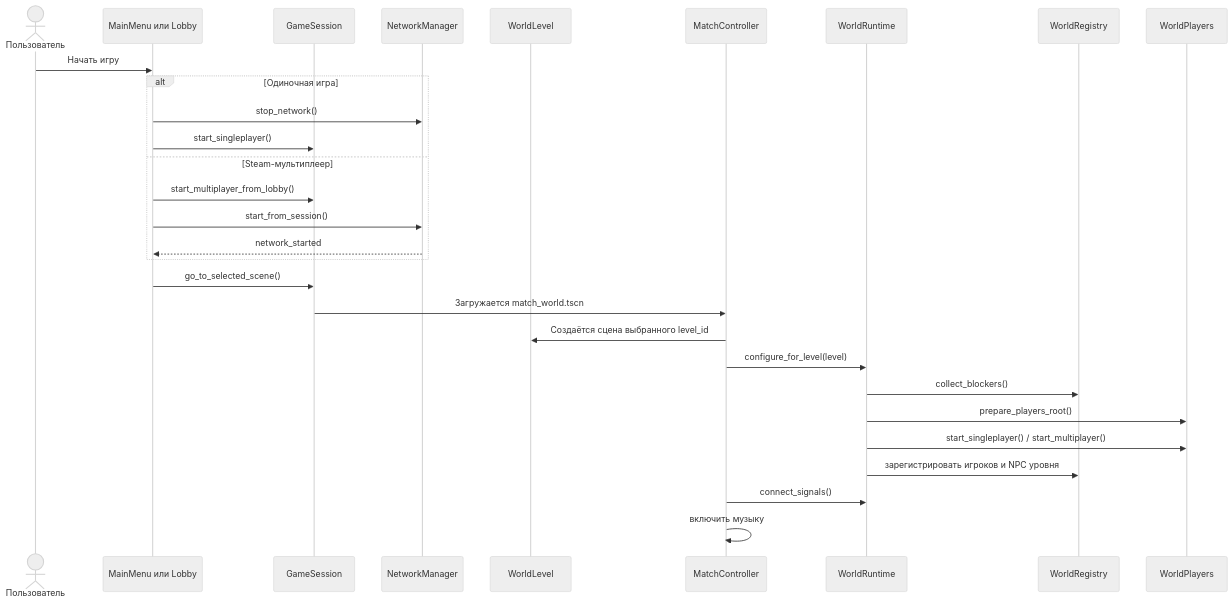
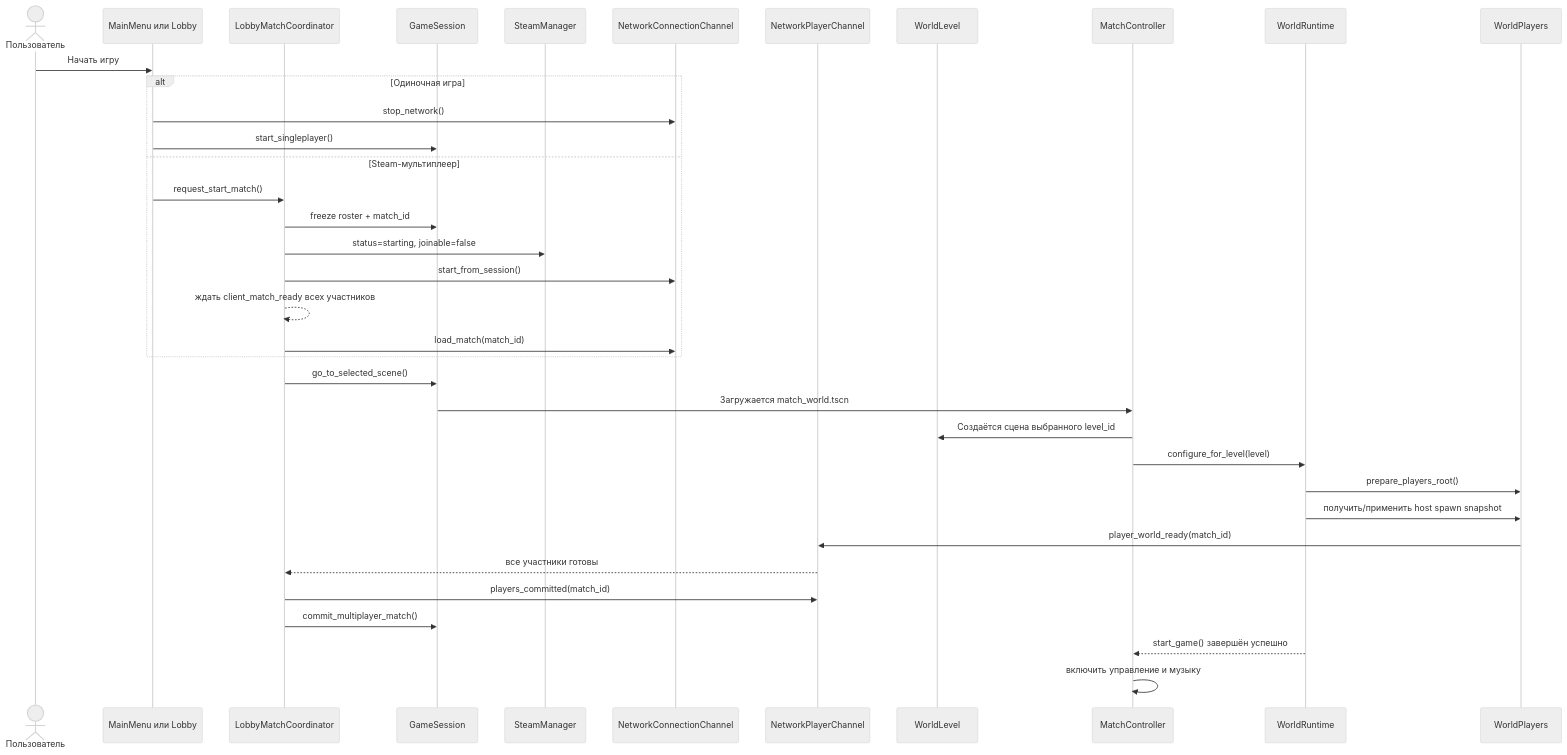
The second of 7 diagrams in PROJECT_GUIDE_RU.md (Evstratenko98/godot-dragonstride), drawn with Mermaid (neutral theme) before and after one commit. The commit also changed other lines of this file and 64 other files, not shown here.

````diff
--- a/PROJECT_GUIDE_RU.md
+++ b/PROJECT_GUIDE_RU.md
@@ -291,32 +304,39 @@
 ```mermaid
 sequenceDiagram
     actor User as Пользователь
     participant Menu as MainMenu или Lobby
+    participant Coordinator as LobbyMatchCoordinator
     participant Session as GameSession
-    participant Net as NetworkManager
+    participant Steam as SteamManager
+    participant Net as NetworkConnectionChannel
+    participant PlayerNet as NetworkPlayerChannel
     participant Level as WorldLevel
     participant Match as MatchController
     participant Runtime as WorldRuntime
-    participant Registry as WorldRegistry
     participant Players as WorldPlayers
 
     User->>Menu: Начать игру
     alt Одиночная игра
         Menu->>Net: stop_network()
         Menu->>Session: start_singleplayer()
     else Steam-мультиплеер
-        Menu->>Session: start_multiplayer_from_lobby()
-        Menu->>Net: start_from_session()
-        Net-->>Menu: network_started
+        Menu->>Coordinator: request_start_match()
+        Coordinator->>Session: freeze roster + match_id
+        Coordinator->>Steam: status=starting, joinable=false
+        Coordinator->>Net: start_from_session()
+        Coordinator-->>Coordinator: ждать client_match_ready всех участников
+        Coordinator->>Net: load_match(match_id)
     end
-    Menu->>Session: go_to_selected_scene()
+    Coordinator->>Session: go_to_selected_scene()
     Session->>Match: Загружается match_world.tscn
     Match->>Level: Создаётся сцена выбранного level_id
     Match->>Runtime: configure_for_level(level)
-    Runtime->>Registry: collect_blockers()
     Runtime->>Players: prepare_players_root()
-    Runtime->>Players: start_singleplayer() / start_multiplayer()
-    Runtime->>Registry: зарегистрировать игроков и NPC уровня
-    Match->>Runtime: connect_signals()
-    Match->>Match: включить музыку
+    Runtime->>Players: получить/применить host spawn snapshot
+    Players->>PlayerNet: player_world_ready(match_id)
+    PlayerNet-->>Coordinator: все участники готовы
+    Coordinator->>PlayerNet: players_committed(match_id)
+    Coordinator->>Session: commit_multiplayer_match()
+    Runtime-->>Match: start_game() завершён успешно
+    Match->>Match: включить управление и музыку
 ```
````
